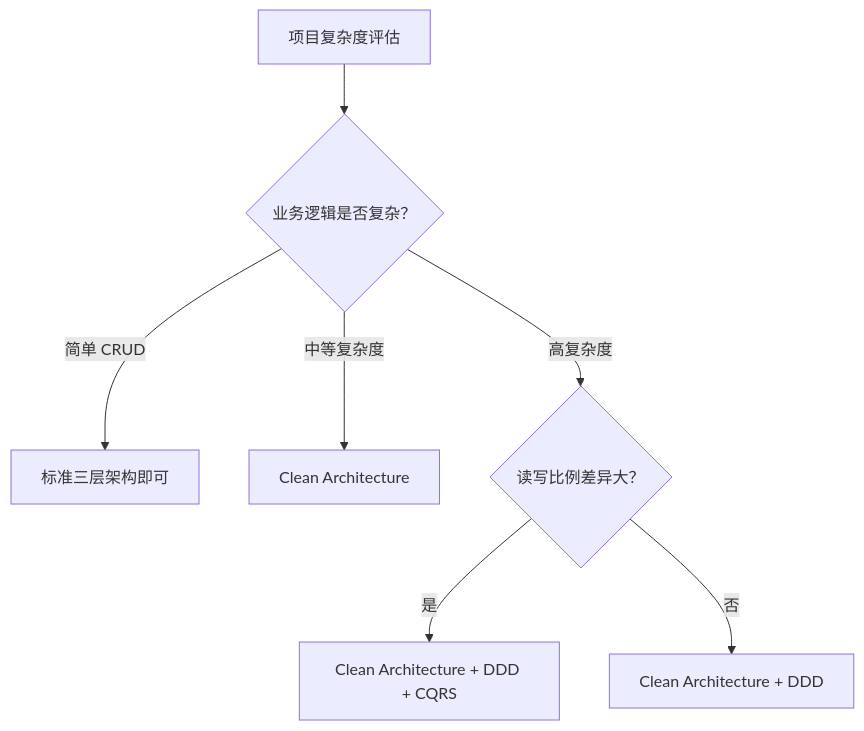
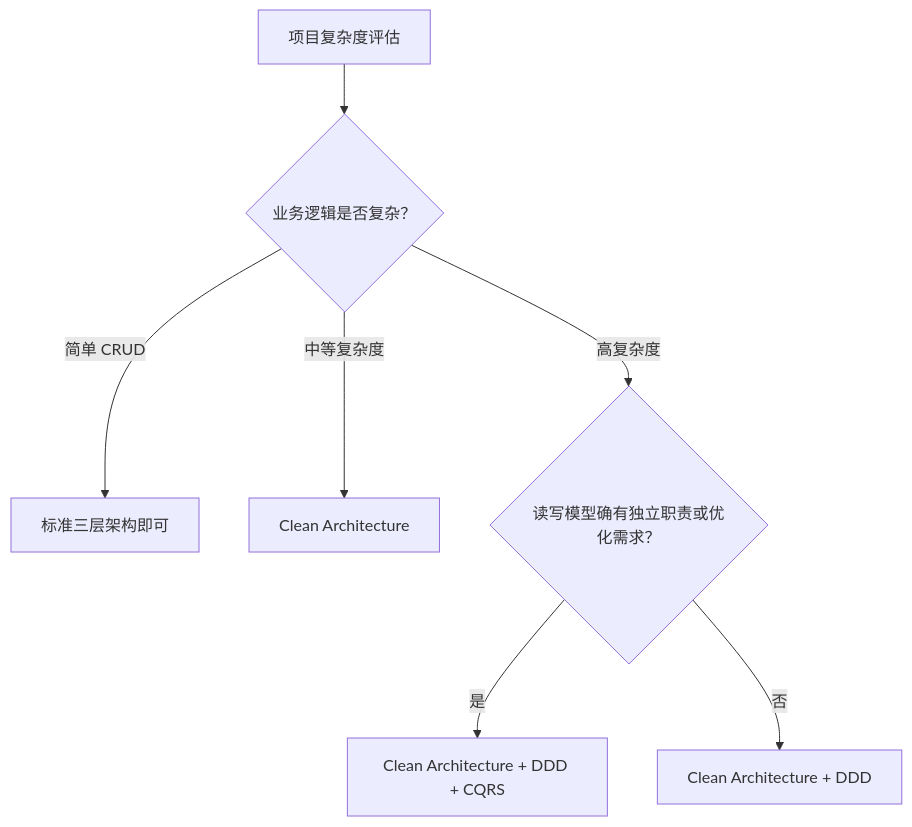
Before and after one commit to wxquare/wxquare.github.io: the tenth of 12 diagrams in source/_posts/system-design/02-clean-architecture-ddd-cqrs.md, drawn with Mermaid. The commit also changed other lines of this file and 5 other files, not shown here.

````diff
--- a/source/_posts/system-design/02-clean-architecture-ddd-cqrs.md
+++ b/source/_posts/system-design/02-clean-architecture-ddd-cqrs.md
@@ -1526,9 +1557,9 @@
 ```mermaid
 flowchart TD
     A[项目复杂度评估] --> B{业务逻辑是否复杂？}
     B -->|简单 CRUD| C[标准三层架构即可]
     B -->|中等复杂度| D[Clean Architecture]
-    B -->|高复杂度| E{读写比例差异大？}
+    B -->|高复杂度| E{读写模型确有独立职责或优化需求？}
     E -->|是| F[Clean Architecture + DDD + CQRS]
     E -->|否| G[Clean Architecture + DDD]
 ```
````
